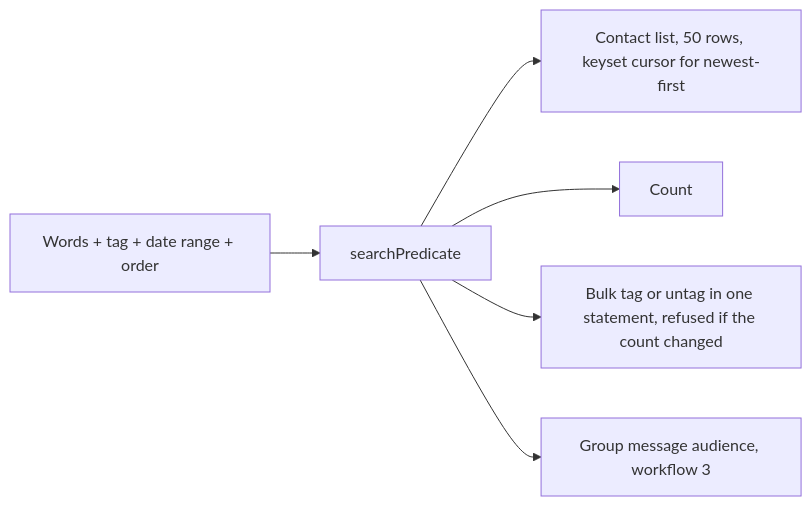
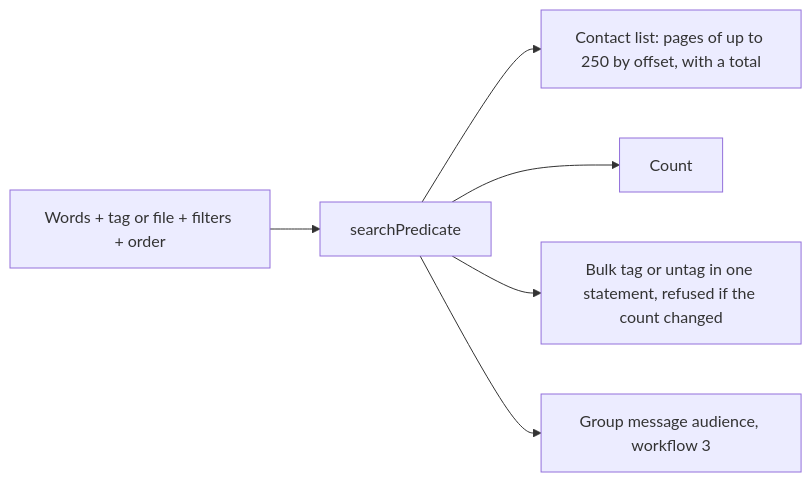
One commit to Kushalr3ddy/whatsapp-crm changed the sixth of 8 diagrams in docs/36-workflows.md. Above: the diagram before and after it, drawn with Mermaid. The commit also changed other lines of this file and 12 other files, not shown here.

````diff
--- a/docs/36-workflows.md
+++ b/docs/36-workflows.md
@@ -135,8 +137,8 @@
 ```mermaid
 flowchart LR
-  A[Words + tag + date range + order] --> B[searchPredicate]
-  B --> C[Contact list, 50 rows, keyset cursor for newest-first]
+  A[Words + tag or file + filters + order] --> B[searchPredicate]
+  B --> C[Contact list: pages of up to 250 by offset, with a total]
   B --> D[Count]
   B --> E[Bulk tag or untag in one statement, refused if the count changed]
   B --> F[Group message audience, workflow 3]
 ```
````
